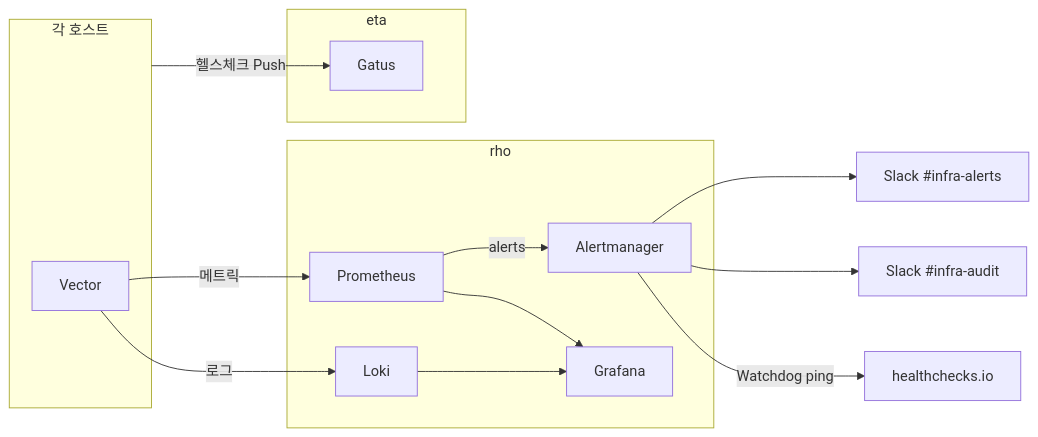
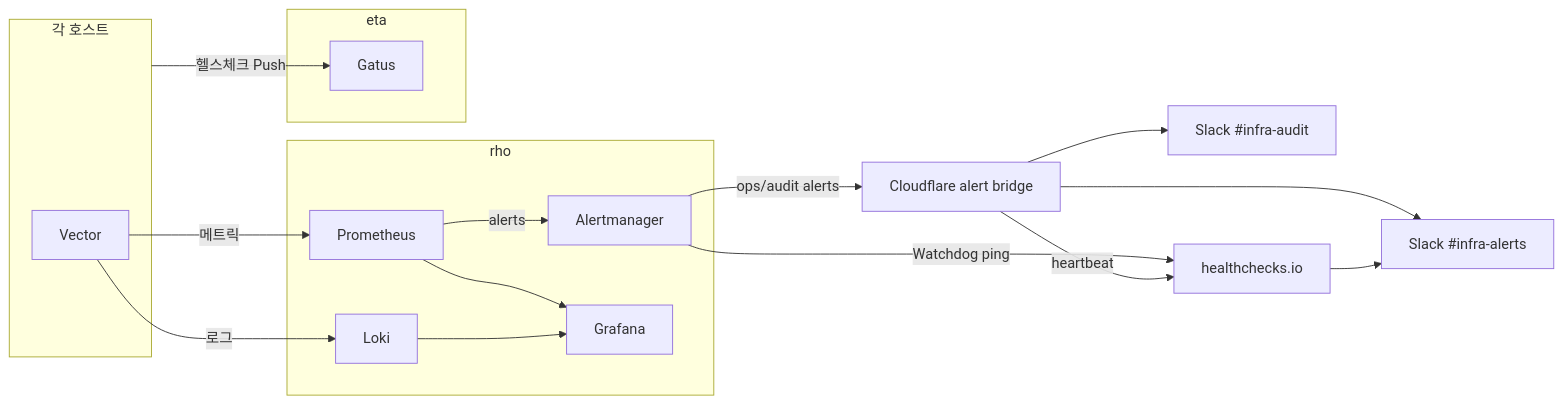
One commit to SBEE-Lab/infra changed the diagram in docs/admin/monitoring.md. Above: the diagram before and after it, drawn with Mermaid. The commit also changed other lines of this file and 21 other files, not shown here.

````diff
--- a/docs/admin/monitoring.md
+++ b/docs/admin/monitoring.md
@@ -16,31 +16,35 @@
 ```mermaid
 flowchart LR
   subgraph hosts["각 호스트"]
     vec["Vector"]
   end
 
   subgraph rho["rho"]
     prom["Prometheus"]
     loki["Loki"]
     alertmanager["Alertmanager"]
     graf["Grafana"]
   end
 
   subgraph eta["eta"]
     gatus["Gatus"]
   end
 
+  bridge["Cloudflare alert bridge"]
   slack_alerts["Slack #infra-alerts"]
   slack_audit["Slack #infra-audit"]
   healthchecks["healthchecks.io"]
 
   vec -- "메트릭" --> prom
   vec -- "로그" --> loki
   prom --> graf
   loki --> graf
   prom -- "alerts" --> alertmanager
-  alertmanager --> slack_alerts
-  alertmanager --> slack_audit
+  alertmanager -- "ops/audit alerts" --> bridge
+  bridge --> slack_alerts
+  bridge --> slack_audit
   alertmanager -- "Watchdog ping" --> healthchecks
+  bridge -- "heartbeat" --> healthchecks
+  healthchecks --> slack_alerts
   hosts -- "헬스체크 Push" --> gatus
 ```
````
